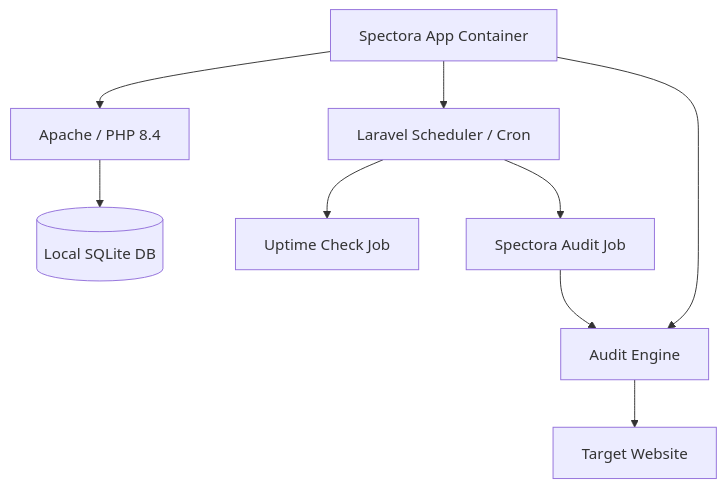
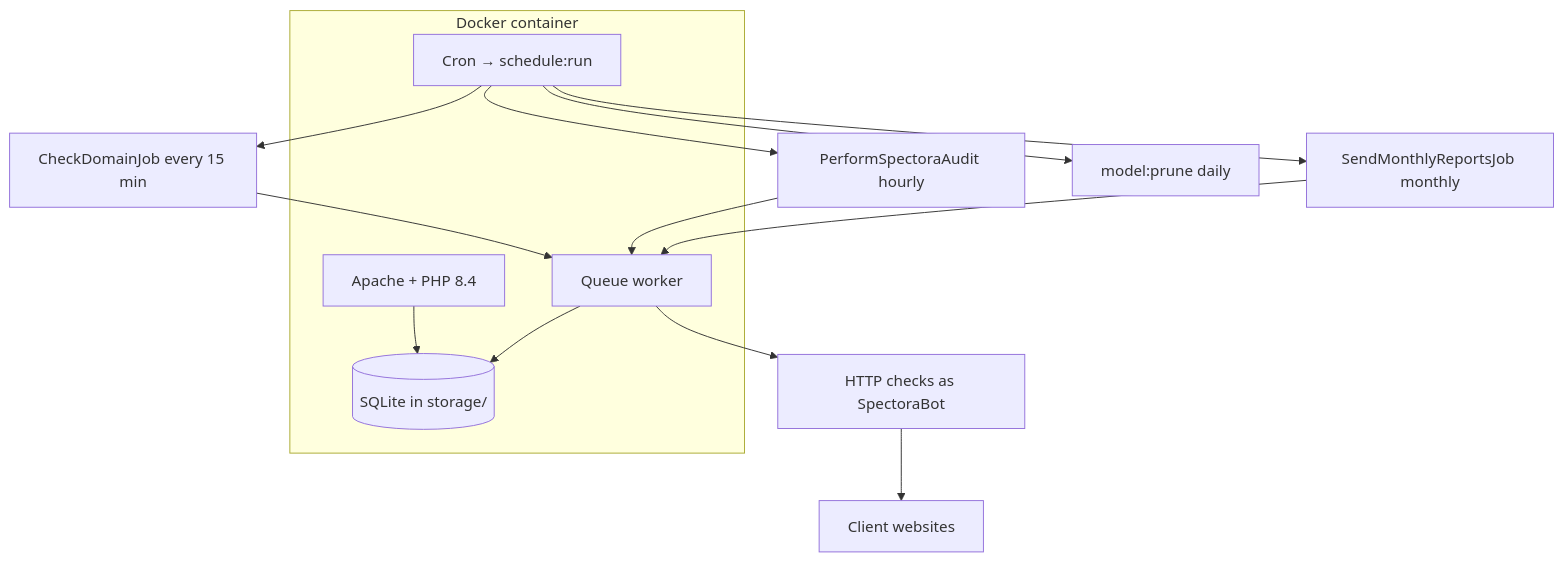
Before and after one commit to Everlite/Spectora-Website-Monitoring-Suite: the diagram in README.md, drawn with Mermaid. The commit also changed other lines of this file and 7 other files, not shown here.

````diff
--- a/README.md
+++ b/README.md
@@ -56,14 +63,24 @@
 ```mermaid
 graph TD
-    A[Spectora App Container] --> B[Apache / PHP 8.4]
-    A --> C[Laravel Scheduler / Cron]
-    A --> D[Audit Engine]
-    
-    C --> F[Uptime Check Job]
-    C --> G[Spectora Audit Job]
-    
-    G --> D
-    D --> H[Target Website]
-    
-    B --> I[(Local SQLite DB)]
+    subgraph Docker container
+        A[Apache + PHP 8.4]
+        B[Cron → schedule:run]
+        C[Queue worker]
+        D[(SQLite in storage/)]
+    end
+
+    B --> E[CheckDomainJob every 15 min]
+    B --> F[PerformSpectoraAudit hourly]
+    B --> G[SendMonthlyReportsJob monthly]
+    B --> H[model:prune daily]
+
+    E --> C
+    F --> C
+    G --> C
+
+    C --> I[HTTP checks as SpectoraBot]
+    I --> J[Client websites]
+
+    A --> D
+    C --> D
 ```
````
